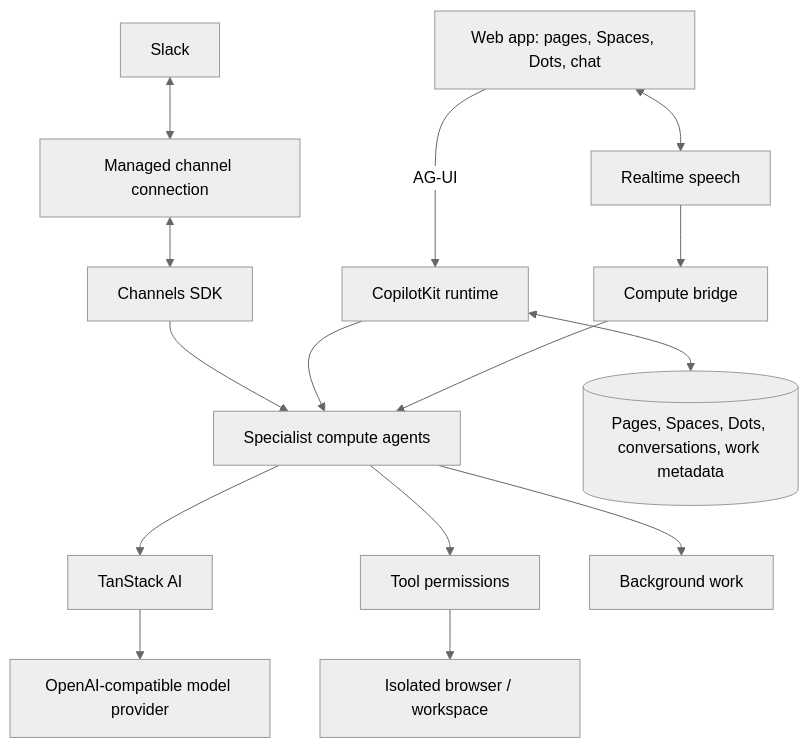
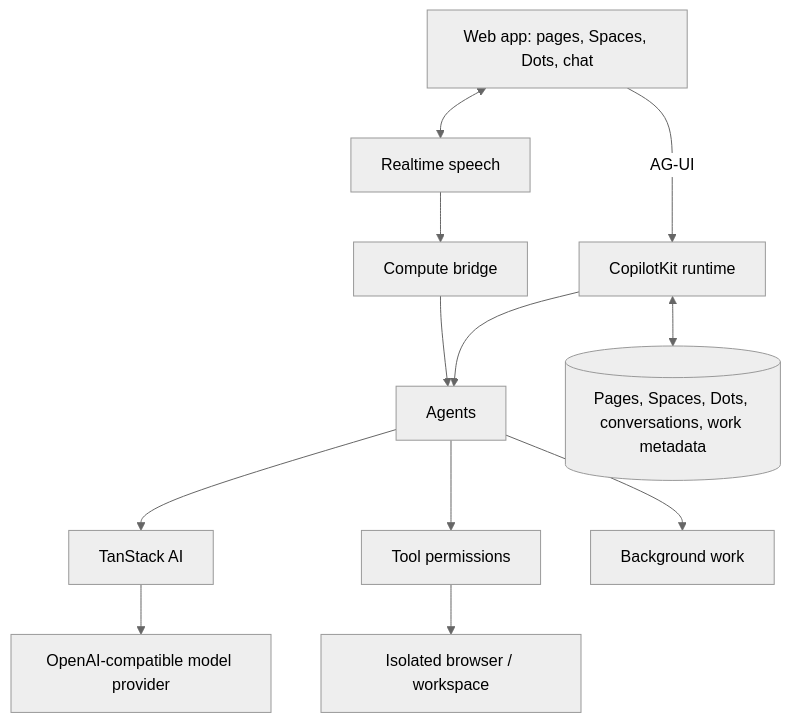
One commit to 90sRehem/OpenDots changed the diagram in README.md. Above: the diagram before and after it, drawn with Mermaid (neutral theme). The commit also changed other lines of this file and 22 other files, not shown here.

````diff
--- a/README.md
+++ b/README.md
@@ -133,17 +117,14 @@
 ```mermaid
 flowchart TB
   Web["Web app: pages, Spaces, Dots, chat"] -->|AG-UI| Runtime[CopilotKit runtime]
-  Slack[Slack] <--> Managed[Managed channel connection]
-  Managed <--> Channels[Channels SDK]
-  Channels --> Agents[Specialist compute agents]
   Runtime --> Agents
   Agents --> AI[TanStack AI]
   AI --> Provider[OpenAI-compatible model provider]
   Web <--> Speech[Realtime speech]
   Speech --> Bridge[Compute bridge]
   Bridge --> Agents
   Agents --> Controls[Tool permissions]
   Controls --> Computer[Isolated browser / workspace]
   Agents --> Jobs[Background work]
   Runtime <--> SQLite[(Pages, Spaces, Dots, conversations, work metadata)]
 ```
````
